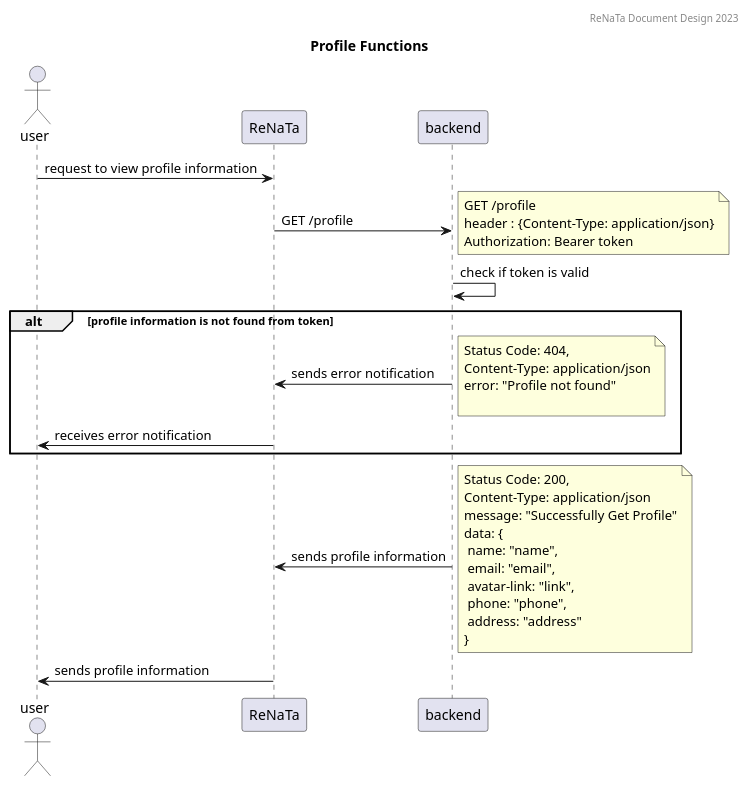
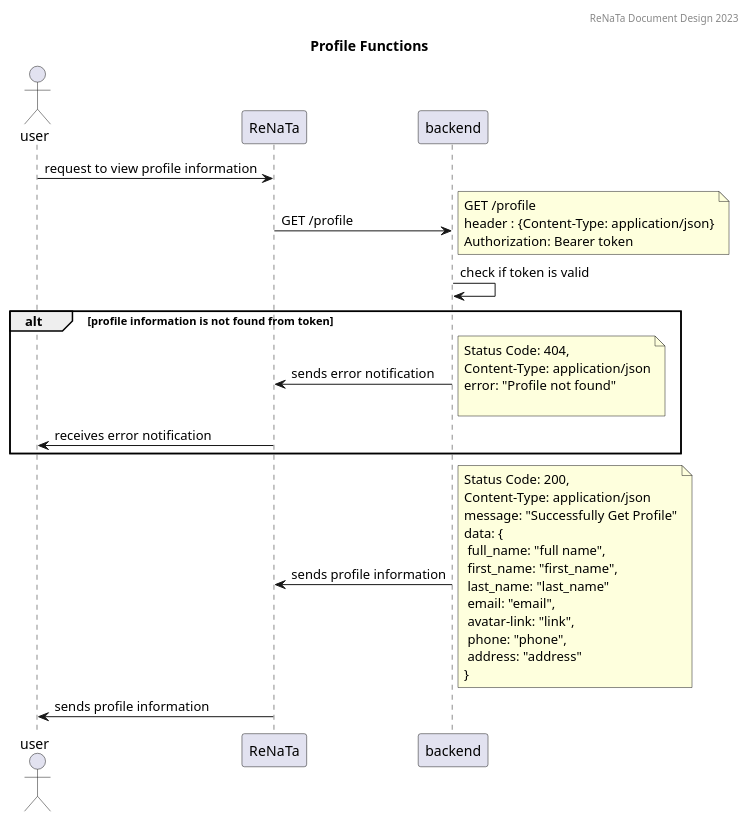
The diagram in uml-sequence/profile/get-profile.puml (RENATA-C23-PS218/renata-project-design), drawn with PlantUML before and after one commit. The commit also changed 2 other files, not shown here.

```diff
--- a/uml-sequence/profile/get-profile.puml
+++ b/uml-sequence/profile/get-profile.puml
@@ -1,26 +1,26 @@
 @startuml
 
 header ReNaTa Document Design 2023
 title Profile Functions
 
 actor user
 participant ReNaTa
 participant backend
 
 note left: User can view and edit their profile information such as name, email, and password
 
 user->ReNaTa: request to view profile information
 backend<-ReNaTa: GET /profile
 note right : GET /profile\nheader : {Content-Type: application/json}\nAuthorization: Bearer token 
 backend->backend: check if token is valid
 
 alt profile information is not found from token
     backend->ReNaTa: sends error notification
     note right: Status Code: 404,\nContent-Type: application/json\nerror: "Profile not found"\n
     user<-ReNaTa: receives error notification
 end
 
 backend->ReNaTa: sends profile information
-note right: Status Code: 200,\nContent-Type: application/json\nmessage: "Successfully Get Profile"\ndata: {\n name: "name",\n email: "email",\n avatar-link: "link",\n phone: "phone",\n address: "address"\n} 
+note right: Status Code: 200,\nContent-Type: application/json\nmessage: "Successfully Get Profile"\ndata: {\n full_name: "full name",\n first_name: "first_name",\n last_name: "last_name"\n email: "email",\n avatar-link: "link",\n phone: "phone",\n address: "address"\n} 
 ReNaTa->user: sends profile information
 @enduml
```
